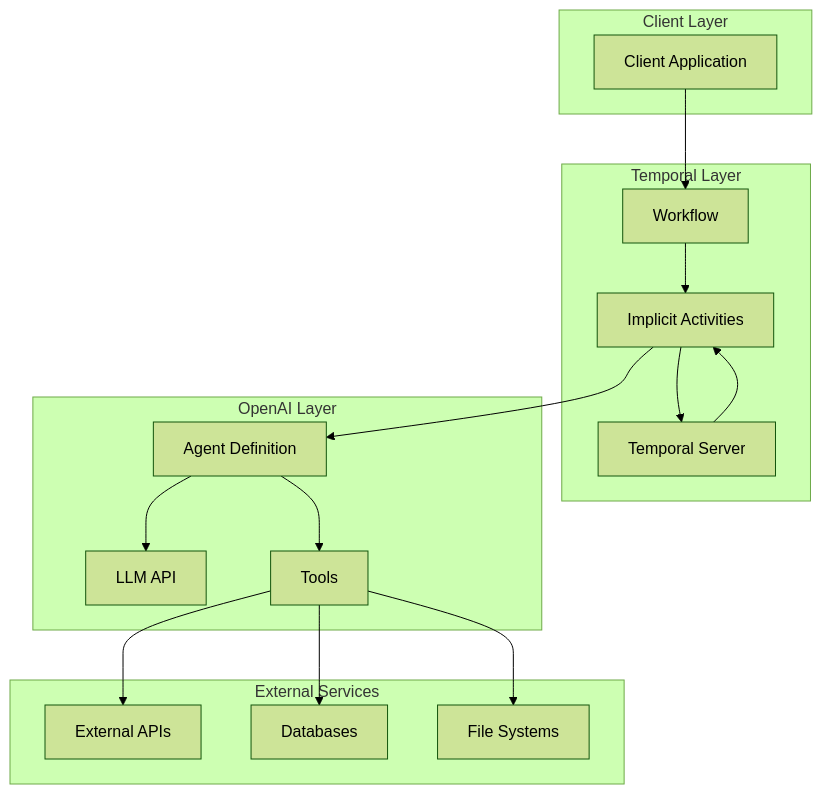
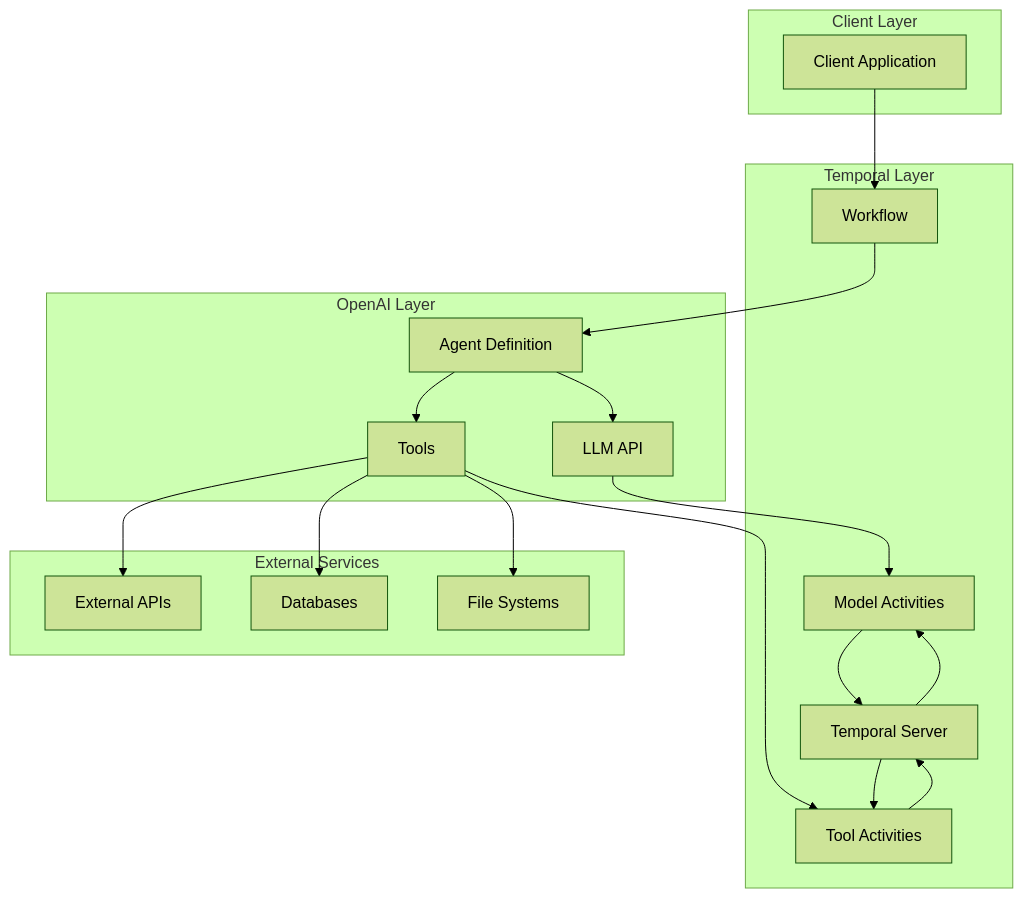
The first of 3 diagrams in docs/openai_agents/ARCHITECTURE.md (temporalio/samples-python), drawn with Mermaid (forest theme) before and after one commit. The commit also changed other lines of this file, not shown here.

````diff
--- a/docs/openai_agents/ARCHITECTURE.md
+++ b/docs/openai_agents/ARCHITECTURE.md
@@ -45,36 +52,41 @@
 ```mermaid
 graph TB
     subgraph "Client Layer"
         C[Client Application]
     end
     
     subgraph "Temporal Layer"
         W[Workflow]
-        A[Implicit Activities]
+        MA[Model Activities]
+        TA[Tool Activities]
         S[Temporal Server]
     end
     
     subgraph "OpenAI Layer"
         AG[Agent Definition]
         LLM[LLM API]
         T[Tools]
     end
     
     subgraph "External Services"
         API[External APIs]
         DB[Databases]
         FS[File Systems]
     end
     
     C --> W
-    W --> A
-    A --> AG
+    W --> AG
     AG --> LLM
     AG --> T
+    
+    LLM --> MA
+    T --> TA
     T --> API
     T --> DB
     T --> FS
     
-    A --> S
-    S --> A
+    MA --> S
+    TA --> S
+    S --> MA
+    S --> TA
 ```
````
